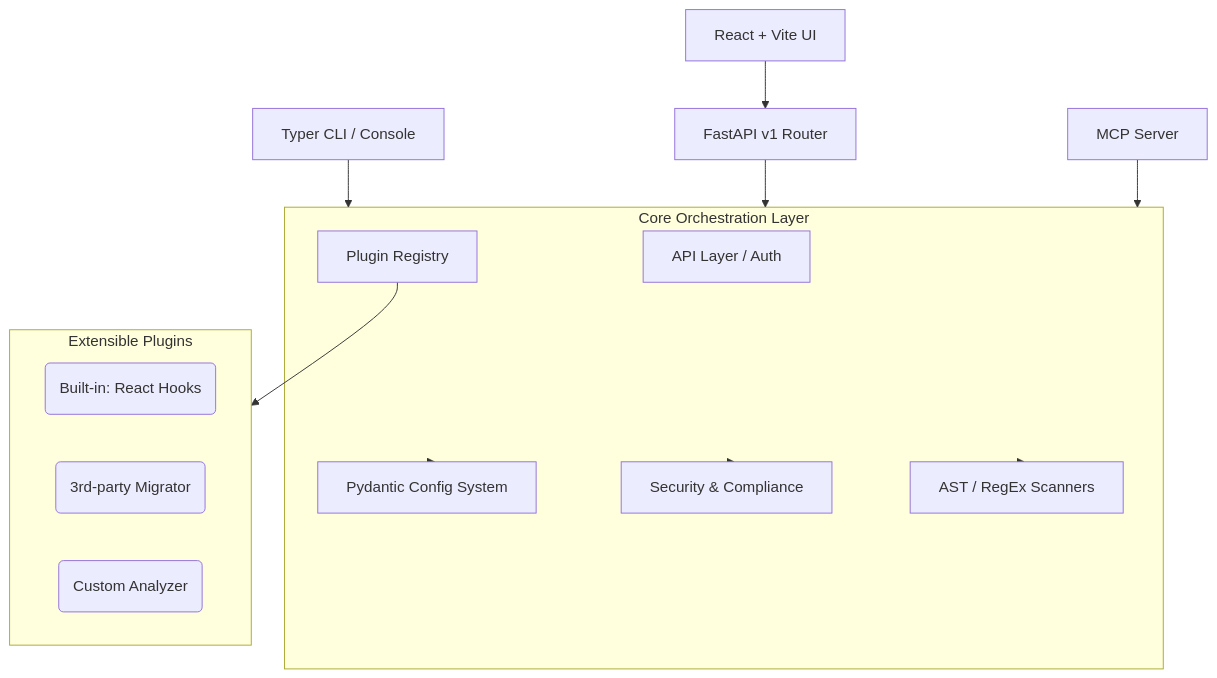
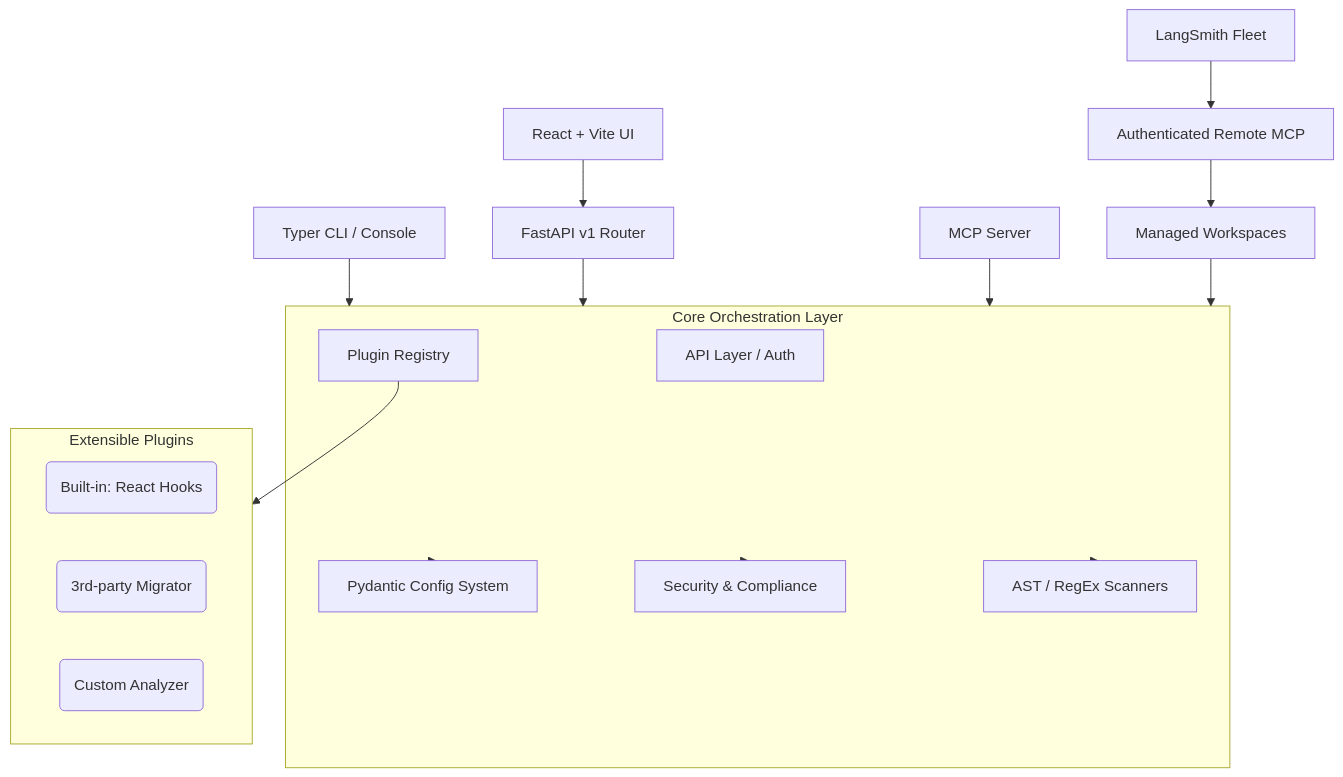
The diagram in docs/ARCHITECTURE.md (Anudeepsrib/shiftIQ), drawn with Mermaid before and after one commit. The commit also changed other lines of this file and 72 other files, not shown here.

First line of the commit message:
Add LangSmith Fleet remote MCP and workspace services

````diff
--- a/docs/ARCHITECTURE.md
+++ b/docs/ARCHITECTURE.md
@@ -7,26 +7,29 @@
 ```mermaid
 graph TD
     CLI[Typer CLI / Console] --> Core[Migration Core]
     API[FastAPI v1 Router] --> Core
     MCP[MCP Server] --> Core
+    Fleet[LangSmith Fleet] --> RemoteMCP[Authenticated Remote MCP]
+    RemoteMCP --> Workspace[Managed Workspaces]
+    Workspace --> Core
     Web[React + Vite UI] --> API
     
     subgraph Core [Core Orchestration Layer]
         API_Layer[API Layer / Auth]
         Config[Pydantic Config System]
         Registry[Plugin Registry]
         Security[Security & Compliance]
         Scanner[AST / RegEx Scanners]
     end
     
     subgraph Plugins [Extensible Plugins]
         P1(Built-in: React Hooks)
         P2(3rd-party Migrator)
         P3(Custom Analyzer)
     end
     
     Registry --> Plugins
     Core --> Config
     Core --> Security
     Core --> Scanner
 ```
````
